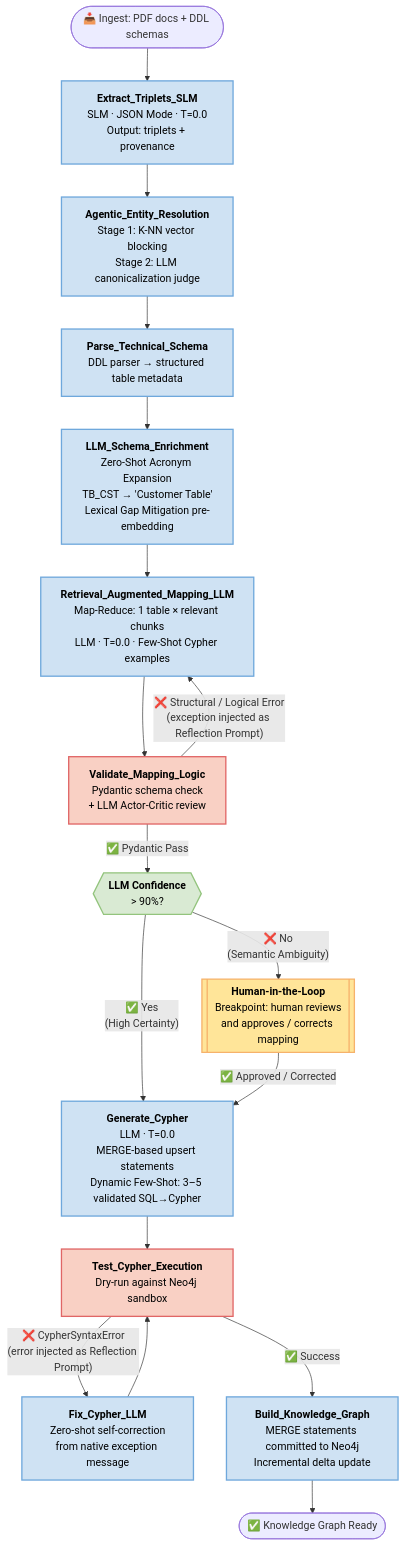
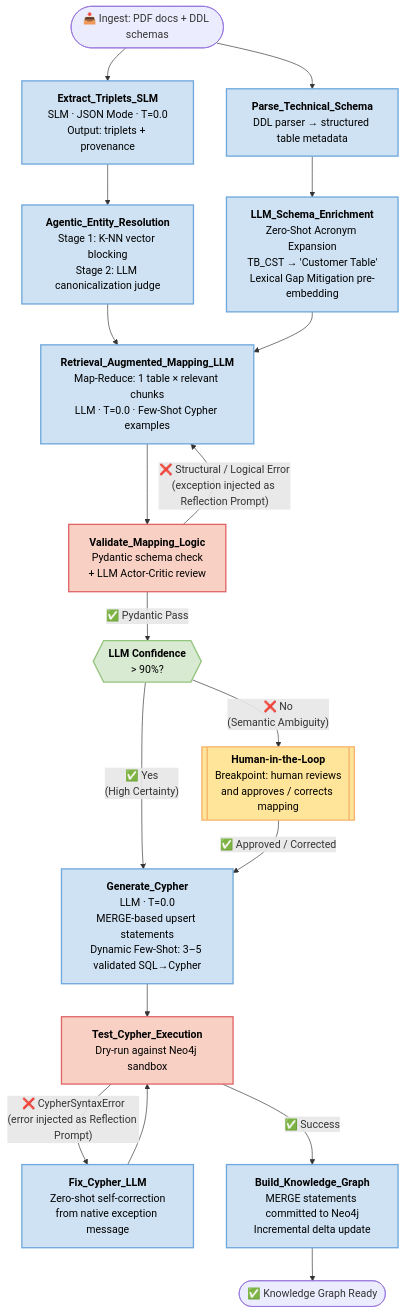
The third of 8 diagrams in docs/draft/SPECS.md (LookUpMark/semanticmesh), drawn with Mermaid before and after one commit. The commit also changed other lines of this file, not shown here.

Commit message:
fix: Update flow diagrams and fix structural errors in SPECS.md

````diff
--- a/docs/draft/SPECS.md
+++ b/docs/draft/SPECS.md
@@ -221,54 +223,55 @@
 ```mermaid
 graph TD
     Start(["📥 Ingest: PDF docs + DDL schemas"]) --> Extract
+    Start --> Parse
 
     Extract["<b>Extract_Triplets_SLM</b><br/>SLM · JSON Mode · T=0.0<br/>Output: triplets + provenance"]
     Extract --> ER
 
     ER["<b>Agentic_Entity_Resolution</b><br/>Stage 1: K-NN vector blocking<br/>Stage 2: LLM canonicalization judge"]
-    ER --> Parse
+    ER --> Map
 
     Parse["<b>Parse_Technical_Schema</b><br/>DDL parser → structured table metadata"]
     Parse --> Enrich
 
     Enrich["<b>LLM_Schema_Enrichment</b><br/>Zero-Shot Acronym Expansion<br/>TB_CST → 'Customer Table'<br/>Lexical Gap Mitigation pre-embedding"]
     Enrich --> Map
 
     Map["<b>Retrieval_Augmented_Mapping_LLM</b><br/>Map-Reduce: 1 table × relevant chunks<br/>LLM · T=0.0 · Few-Shot Cypher examples"]
     Map --> Validate
 
     Validate["<b>Validate_Mapping_Logic</b><br/>Pydantic schema check<br/>+ LLM Actor-Critic review"]
     Validate -- "❌ Structural / Logical Error\n(exception injected as Reflection Prompt)" --> Map
 
     Validate -- "✅ Pydantic Pass" --> Confidence
 
     Confidence{{"<b>LLM Confidence</b><br/>> 90%?"}}
     Confidence -- "❌ No\n(Semantic Ambiguity)" --> HITL
     Confidence -- "✅ Yes\n(High Certainty)" --> Cypher
 
     HITL[["<b>Human-in-the-Loop</b><br/>Breakpoint: human reviews\nand approves / corrects mapping"]]
     HITL -- "✅ Approved / Corrected" --> Cypher
 
     Cypher["<b>Generate_Cypher</b><br/>LLM · T=0.0<br/>MERGE-based upsert statements<br/>Dynamic Few-Shot: 3–5 validated SQL→Cypher"]
     Cypher --> TestExec
 
     TestExec["<b>Test_Cypher_Execution</b><br/>Dry-run against Neo4j sandbox"]
     TestExec -- "❌ CypherSyntaxError\n(error injected as Reflection Prompt)" --> FixCypher
 
     FixCypher["<b>Fix_Cypher_LLM</b><br/>Zero-shot self-correction\nfrom native exception message"]
     FixCypher --> TestExec
 
     TestExec -- "✅ Success" --> Build
 
     Build["<b>Build_Knowledge_Graph</b><br/>MERGE statements committed to Neo4j<br/>Incremental delta update"]
     Build --> End(["✅ Knowledge Graph Ready"])
 
     classDef loop fill:#f9d0c4,stroke:#e06666,stroke-width:2px,color:#000
     classDef hitl fill:#ffe599,stroke:#f6b26b,stroke-width:2px,color:#000
     classDef condition fill:#d9ead3,stroke:#93c47d,stroke-width:2px,color:#000
     classDef node_ fill:#cfe2f3,stroke:#6fa8dc,stroke-width:2px,color:#000
     class Validate,TestExec loop
     class HITL hitl
     class Confidence condition
     class Extract,ER,Parse,Enrich,Map,Cypher,FixCypher,Build node_
 ```
````
